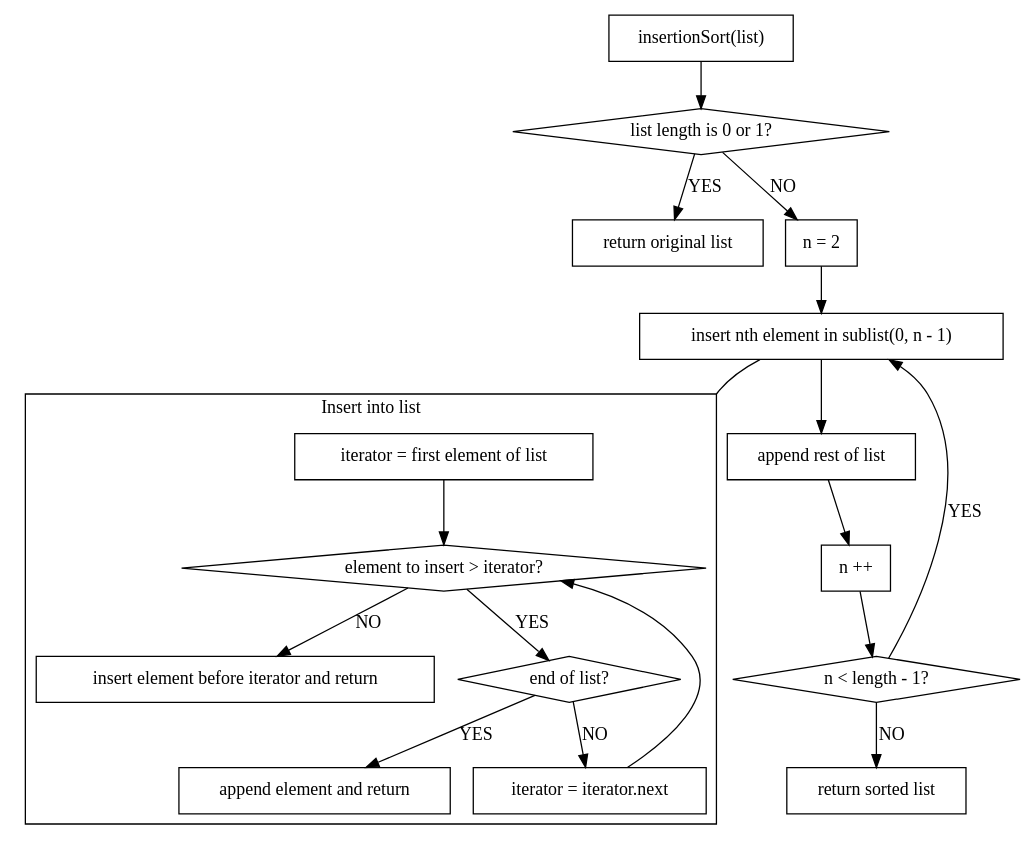
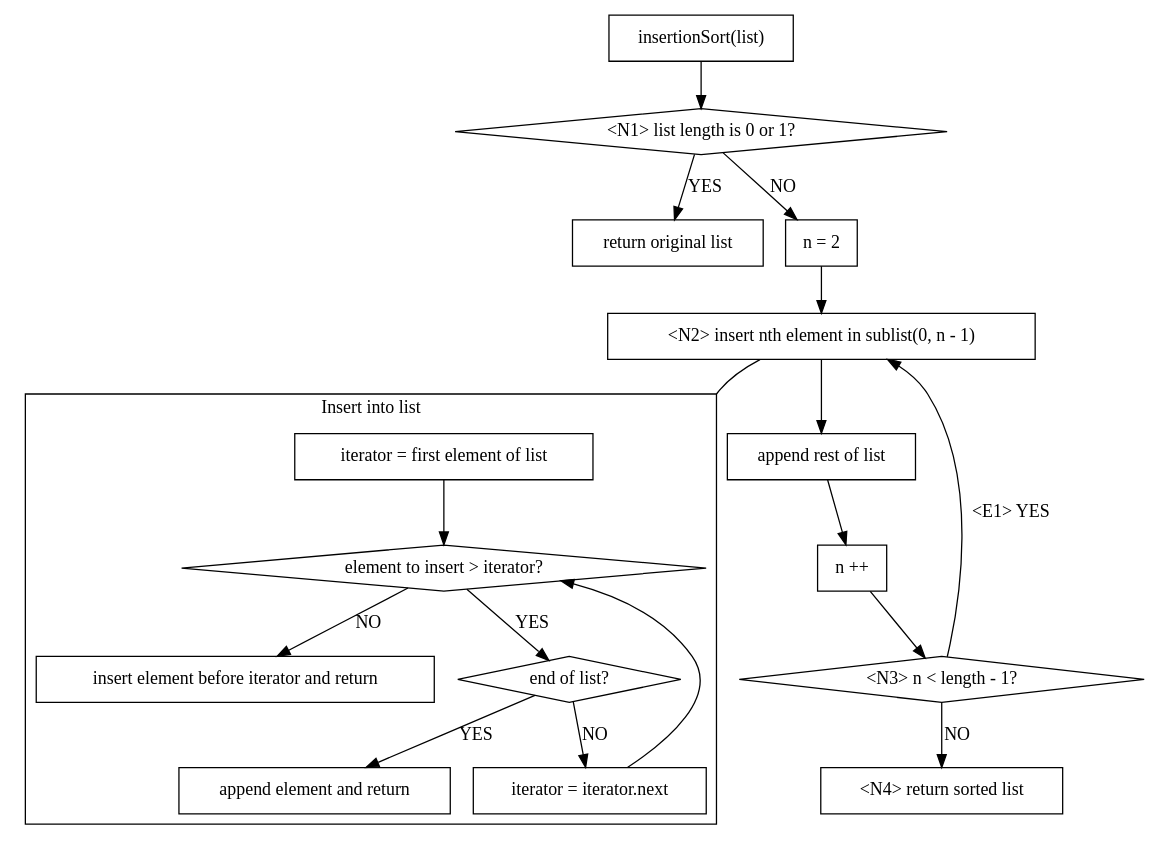
The diagram in doc/aufg2/graphViz/insertionSort.gv (hugoppp-uni/Algorithmen-und-Datenstrukturen), drawn with Graphviz before and after one commit. The commit also changed 1 other file, not shown here.

Commit message:
Add references to graph in code comments

```diff
--- a/doc/aufg2/graphViz/insertionSort.gv
+++ b/doc/aufg2/graphViz/insertionSort.gv
@@ -1,40 +1,40 @@
 digraph Q {
     node [shape = box];
     compound = true;
 
     s1 [label = "insertionSort(list)"]
     s1 -> d1
-    d1 [label = "list length is 0 or 1?" shape = diamond]
+    d1 [label = "<N1> list length is 0 or 1?" shape = diamond]
     d1 -> "return original list" [label = "YES"];
     d1 -> s2 [label = "NO"];
     s2 [label = "n = 2"];
     s2 -> s33
-    s33 [label = "insert nth element in sublist(0, n - 1) "];
+    s33 [label = "<N2> insert nth element in sublist(0, n - 1) "];
     s33 -> s3
     s33 -> cluster1Connector [arrowhead = none, lhead = cluster1]
     s3 [label = "append rest of list"]
     s3 -> s4
     s4 [label = "n ++"];
     s4 -> d2
-    d2 [label = "n < length - 1?" shape = diamond];
-    d2 -> s33 [label = "YES"];
-    d2 -> "return sorted list" [label = "NO"];
+    d2 [label = "<N3> n < length - 1?" shape = diamond];
+    d2 -> s33 [label = "<E1> YES"];
+    d2 -> "<N4> return sorted list" [label = "NO"];
 
     subgraph cluster1 {
         node [shape = box];
         label = "Insert into list"
         cluster1Connector [shape = point style = invis]
         cBegin [label = "iterator = first element of list "];
         cBegin -> cd1
         cd1 [label = "element to insert > iterator?" shape = diamond];
         cd1 -> cs1 [label = "NO"];
         cd1 -> cd2 [label = "YES"];
         cs1 [label = "insert element before iterator and return"];
         cs2 [label = "iterator = iterator.next"];
         cs2 -> cd1
         cd2 [label = "end of list?" shape = diamond];
         cd2 -> appendAndReturn [label = "YES"];
         cd2 -> cs2 [label = "NO"];
         appendAndReturn [label = "append element and return"]
     }
 }
```
